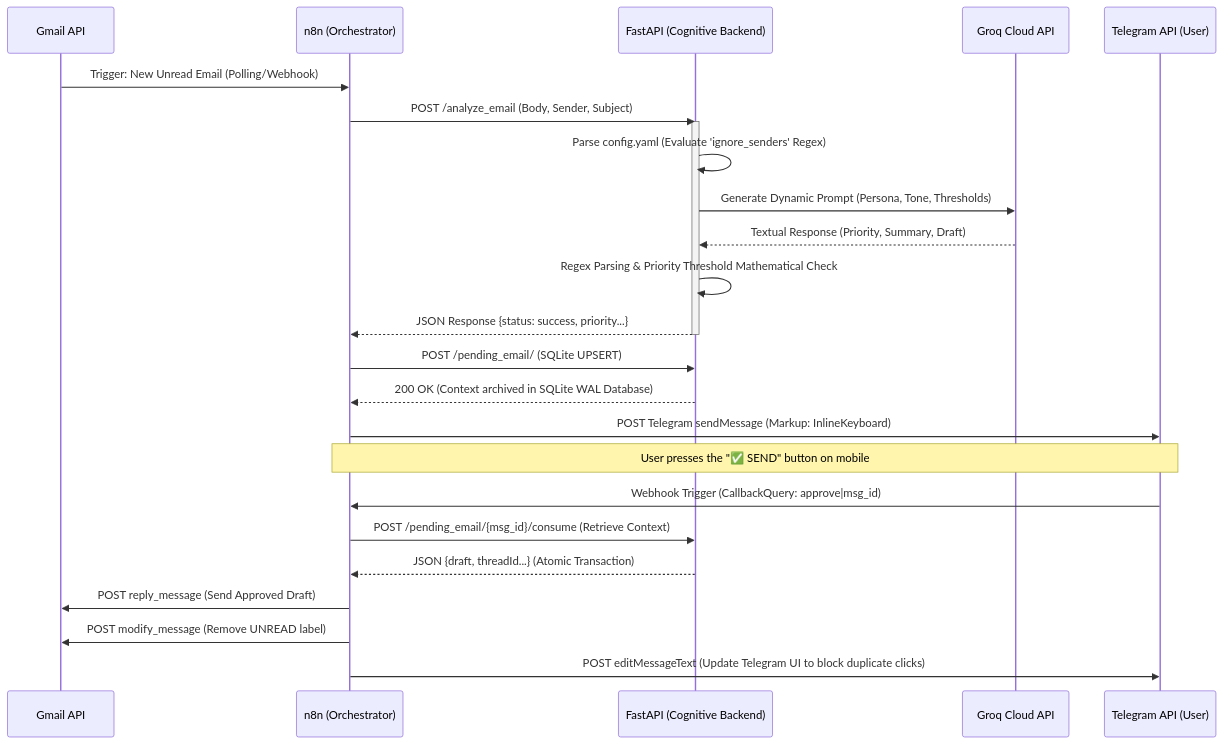
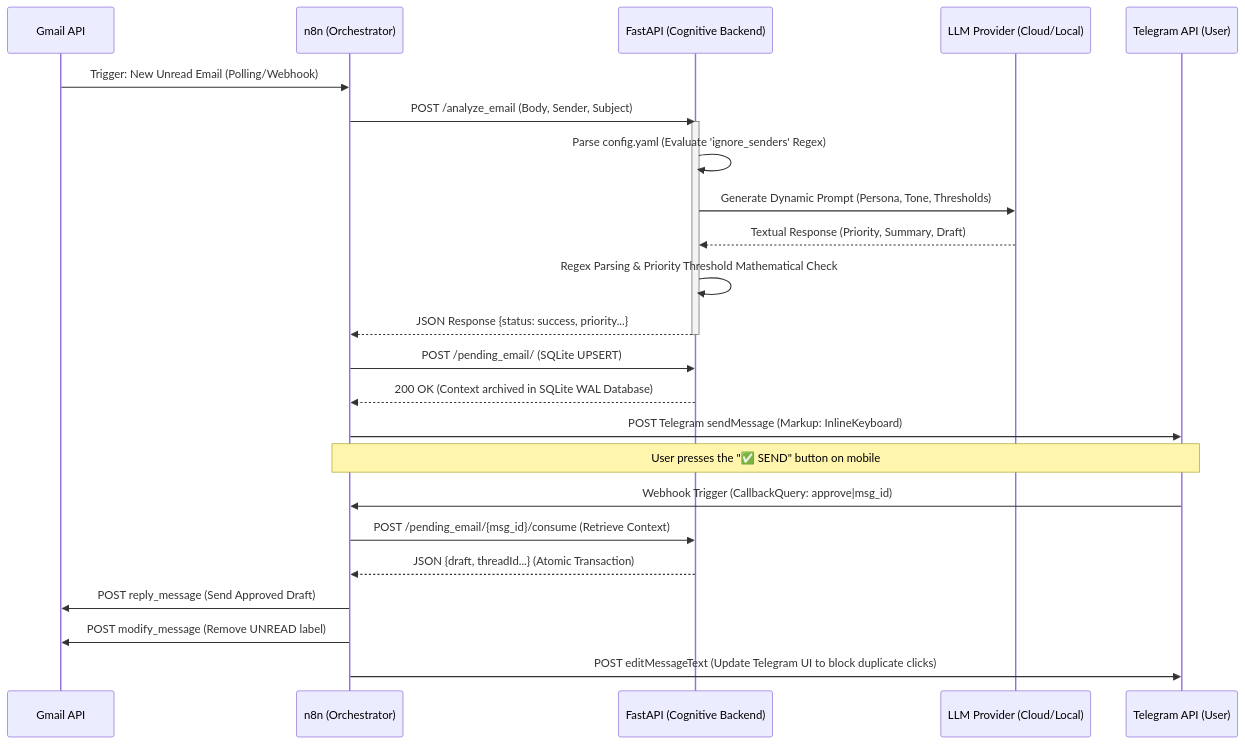
Before and after one commit to AlexThunder01/ARGOS-2: the diagram in docs/TECHNICAL_SPECIFICATION.md, drawn with Mermaid. The commit also changed other lines of this file and 19 other files, not shown here.

````diff
--- a/docs/TECHNICAL_SPECIFICATION.md
+++ b/docs/TECHNICAL_SPECIFICATION.md
@@ -13,33 +13,33 @@
 ```mermaid
 sequenceDiagram
     participant G as Gmail API
     participant N as n8n (Orchestrator)
     participant F as FastAPI (Cognitive Backend)
-    participant LLM as Groq Cloud API
+    participant LLM as LLM Provider (Cloud/Local)
     participant T as Telegram API (User)
 
     G->>N: Trigger: New Unread Email (Polling/Webhook)
     N->>F: POST /analyze_email (Body, Sender, Subject)
     activate F
     F->>F: Parse config.yaml (Evaluate 'ignore_senders' Regex)
     F->>LLM: Generate Dynamic Prompt (Persona, Tone, Thresholds)
     LLM-->>F: Textual Response (Priority, Summary, Draft)
     F->>F: Regex Parsing & Priority Threshold Mathematical Check
     F-->>N: JSON Response {status: success, priority...}
     deactivate F
 
     N->>F: POST /pending_email/ (SQLite UPSERT)
     F-->>N: 200 OK (Context archived in SQLite WAL Database)
     
     N->>T: POST Telegram sendMessage (Markup: InlineKeyboard)
     
     Note over T,N: User presses the "✅ SEND" button on mobile
     
     T->>N: Webhook Trigger (CallbackQuery: approve|msg_id)
     N->>F: POST /pending_email/{msg_id}/consume (Retrieve Context)
     F-->>N: JSON {draft, threadId...} (Atomic Transaction)
     
     N->>G: POST reply_message (Send Approved Draft)
     N->>G: POST modify_message (Remove UNREAD label)
     N->>T: POST editMessageText (Update Telegram UI to block duplicate clicks)
 ```
````
